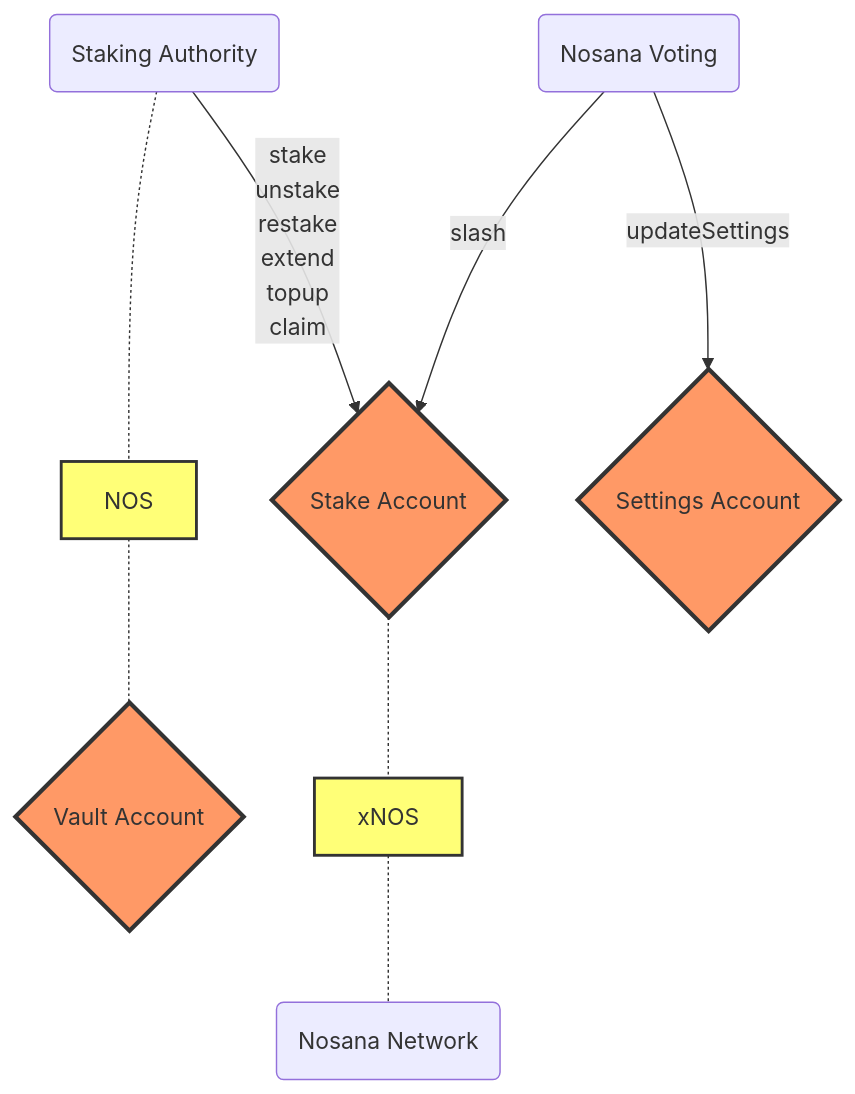
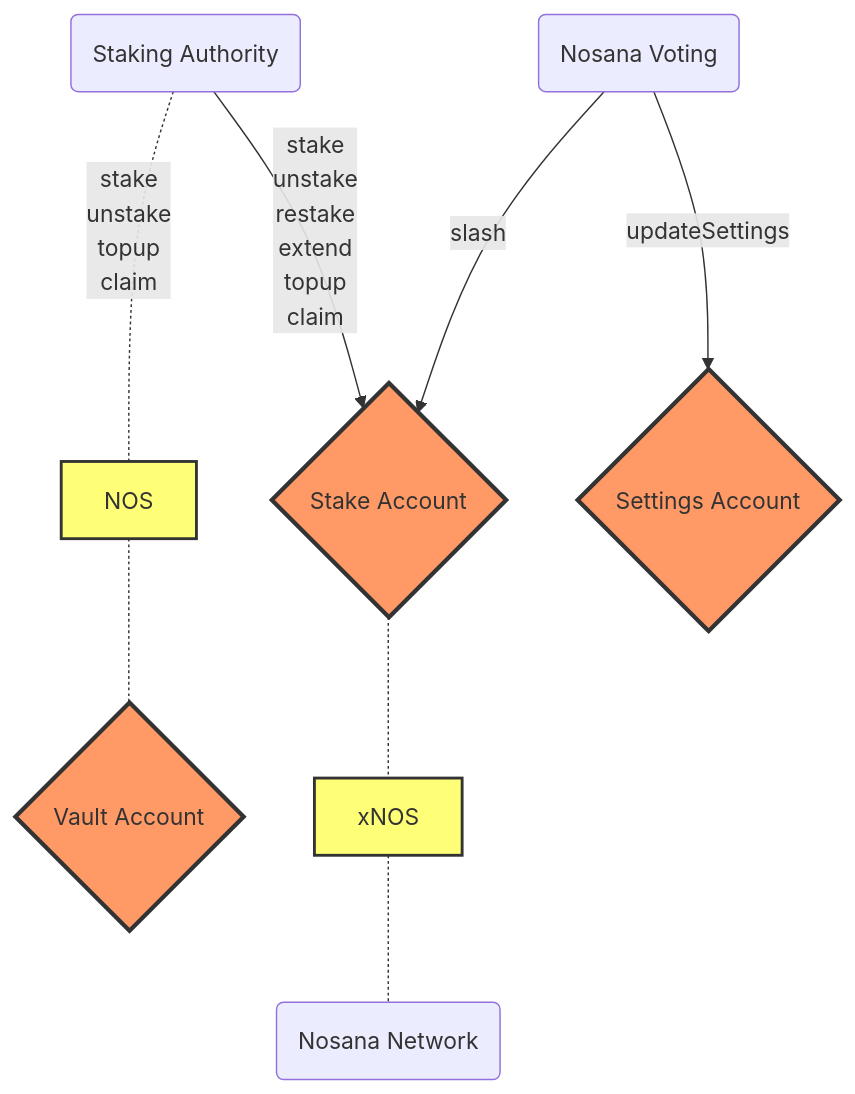
Before and after one commit to nosana-ci/docs.nosana.io: the diagram in docs/programs/staking.md, drawn with Mermaid. The commit also changed 3 other files, not shown here.

Commit message:
Update diagrams

````diff
--- a/docs/programs/staking.md
+++ b/docs/programs/staking.md
@@ -680,27 +680,25 @@
 ```mermaid
 flowchart TB
-    authority -- stake<br>unstake<br>restake<br>extend<br>topup<br>claim --> stake
-    authority -.- nos -.- vault
+    authority -->|stake<br>unstake<br>restake<br>extend<br>topup<br>claim| stake
 
-    dao -- slash --> stake
-    dao -- updateSettings --> settings
+    authority -.-|stake<br>unstake<br>topup<br>claim| nos  -.- vault
+    stake     -.- xnos -.- network
 
-    stake -.- xnos -.- network
+    dao -->|slash| stake
+    dao -->|updateSettings| settings
 
     authority(Staking Authority)
     dao(Nosana Voting)
     network(Nosana Network)
-
     stake{Stake Account}
     vault{Vault Account}
     settings{Settings Account}
-
     nos[NOS]
     xnos[xNOS]
 
     classDef orange fill:#f96,stroke:#333,stroke-width:3px;
     classDef yellow fill:#ff7,stroke:#333,stroke-width:2px;
 
     class stake,vault,settings orange
     class nos,xnos yellow
 ```
````
